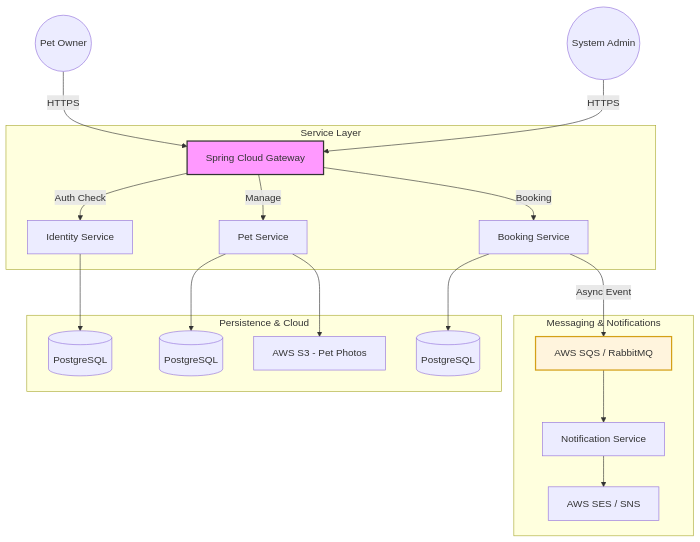
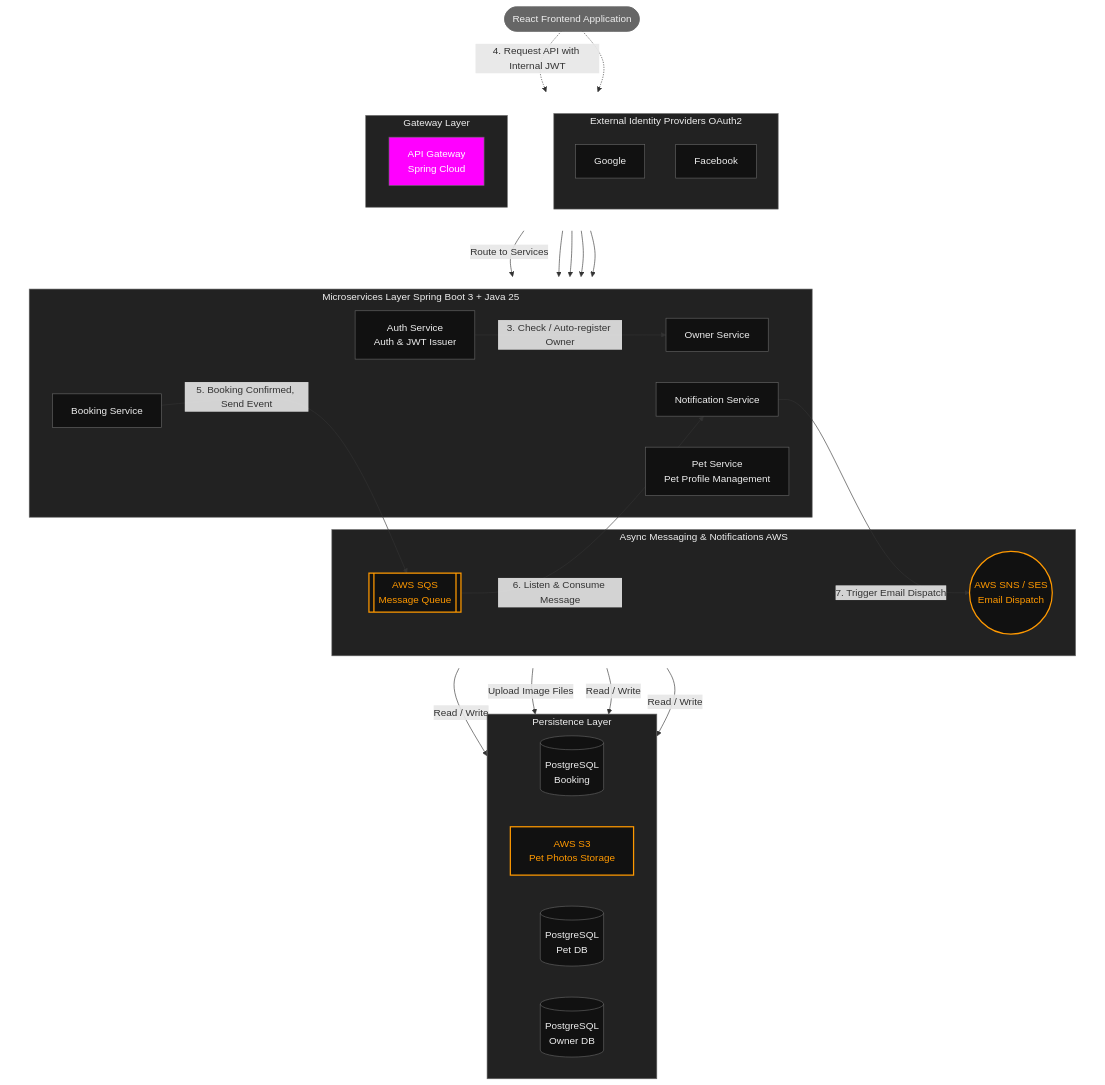
One commit to PawsStay-Digital/.github changed the diagram in profile/README.md. Above: the diagram before and after it, drawn with Mermaid. The commit also changed other lines of this file, not shown here.

````diff
--- a/profile/README.md
+++ b/profile/README.md
@@ -9,27 +9,103 @@
 ```mermaid
 graph TD
-    User((Pet Owner)) -->|HTTPS| Gateway[Spring Cloud Gateway]
-    Admin((System Admin)) -->|HTTPS| Gateway
+    %% Layer 1: Frontend Application
+    Client([React Frontend Application])
 
-    subgraph "Service Layer"
-        Gateway -->|Auth Check| Identity[Identity Service]
-        Gateway -->|Manage| Pet[Pet Service]
-        Gateway -->|Booking| Booking[Booking Service]
+    %% Hidden layout to guide the top and outer left/right positioning
+    subgraph Top_Layout [ ]
+        direction LR
+        Gateway_Layer ~~~ External_IdP
+    end
+    style Top_Layout fill:none,stroke:none
+
+    %% External Identity Providers (Right Side)
+    subgraph External_IdP [External Identity Providers OAuth2]
+        Google[Google]
+        Facebook[Facebook]
     end
 
-    subgraph "Persistence & Cloud"
-        Identity --> DB1[(PostgreSQL)]
-        Pet --> DB2[(PostgreSQL)]
-        Pet --> S3[AWS S3 - Pet Photos]
-        Booking --> DB3[(PostgreSQL)]
+    %% Gateway Layer (Top Center)
+    subgraph Gateway_Layer [Gateway Layer]
+        Gateway[API Gateway<br/>Spring Cloud]
     end
 
-    subgraph "Messaging & Notifications"
-        Booking -->|Async Event| SQS[AWS SQS / RabbitMQ]
-        SQS --> Notification[Notification Service]
-        Notification --> SES[AWS SES / SNS]
+    %% Hidden layout to guide the middle left/right positioning
+    subgraph Mid_Layout [ ]
+        direction LR
+        Async_Messaging ~~~ Microservices
+    end
+    style Mid_Layout fill:none,stroke:none
+
+    %% Async Messaging & Notifications (Left Side)
+    subgraph Async_Messaging [Async Messaging & Notifications AWS]
+        SQS[[AWS SQS<br/>Message Queue]]
+        SNS((AWS SNS / SES<br/>Email Dispatch))
     end
 
-    style Gateway fill:#f9f,stroke:#333,stroke-width:2px
-    style SQS fill:#fff4dd,stroke:#d4a017,stroke-width:2px
+    %% Microservices Core Layer (Center)
+    subgraph Microservices [Microservices Layer Spring Boot 3 + Java 25]
+        Booking[Booking Service]
+        Pet[Pet Service<br/>Pet Profile Management]
+        Owner[Owner Service]
+        Auth[Auth Service<br/>Auth & JWT Issuer]
+        Notify[Notification Service]
+    end
+
+    %% Persistence Layer (Bottom)
+    subgraph Persistence_Layer [Persistence Layer]
+        direction LR
+        DB_Booking[(PostgreSQL<br/>Booking)]
+        S3[AWS S3<br/>Pet Photos Storage]
+        DB_Pet[(PostgreSQL<br/>Pet DB)]
+        DB_Owner[(PostgreSQL<br/>Owner DB)]
+    end
+
+    %% --- Connections & Flow ---
+
+    %% Frontend Connections
+    Client -.->|4. Request API with Internal JWT| Gateway
+    Client -.-> External_IdP
+
+    %% 3rd Party Validation & Auth
+    External_IdP --> Auth
+    Auth -->|3. Check / Auto-register Owner| Owner
+
+    %% Gateway Routing to Microservices
+    Gateway -->|Route to Services| Booking
+    Gateway --> Pet
+    Gateway --> Owner
+    Gateway --> Auth
+
+    %% Async Flow (Cross-Boundary)
+    Booking -->|5. Booking Confirmed, Send Event| SQS
+    SQS -->|6. Listen & Consume Message| Notify
+    Notify -->|7. Trigger Email Dispatch| SNS
+
+    %% Database Connections (Downward)
+    Booking -->|Read / Write| DB_Booking
+    Pet -->|Upload Image Files| S3
+    Pet -->|Read / Write| DB_Pet
+    Owner -->|Read / Write| DB_Owner
+
+    %% --- Styling Definitions (Customized for Dark Mode from reference image) ---
+    classDef dark fill:#111,stroke:#666,stroke-width:1px,color:#eee;
+    classDef gateway fill:#FF00FF,stroke:#666,stroke-width:1px,color:#fff;
+    classDef aws fill:#111,stroke:#FF9900,stroke-width:2px,color:#FF9900;
+    classDef user fill:#666,stroke:#666,stroke-width:1px,color:#eee;
+    classDef db fill:#111,stroke:#666,stroke-width:1px,color:#eee;
+
+    %% --- Apply Classes ---
+    class Client user;
+    class Gateway gateway;
+    class Auth,Owner,Pet,Booking,Notify dark;
+    class SQS,SNS,S3 aws;
+    class DB_Owner,DB_Pet,DB_Booking db;
+    class Google,Facebook dark;
+
+    %% --- Apply Subgraph Styles for Dark Mode ---
+    style External_IdP fill:#222,stroke:#666,color:#eee;
+    style Gateway_Layer fill:#222,stroke:#666,color:#eee;
+    style Async_Messaging fill:#222,stroke:#666,color:#eee;
+    style Microservices fill:#222,stroke:#666,color:#eee;
+    style Persistence_Layer fill:#222,stroke:#666,color:#eee;
 ```
````
